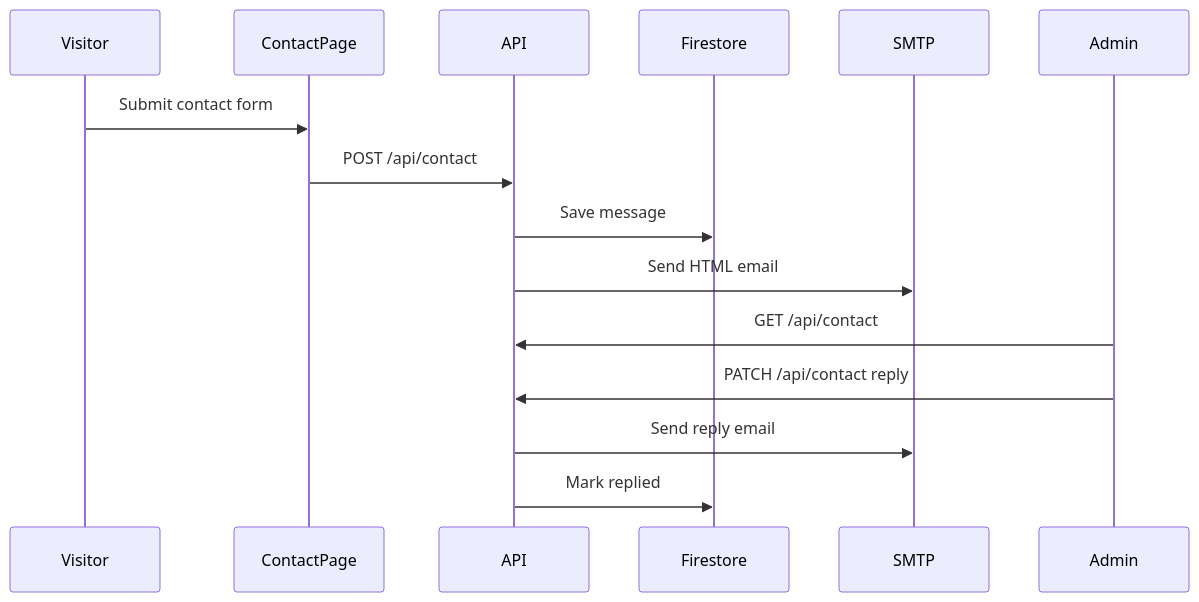
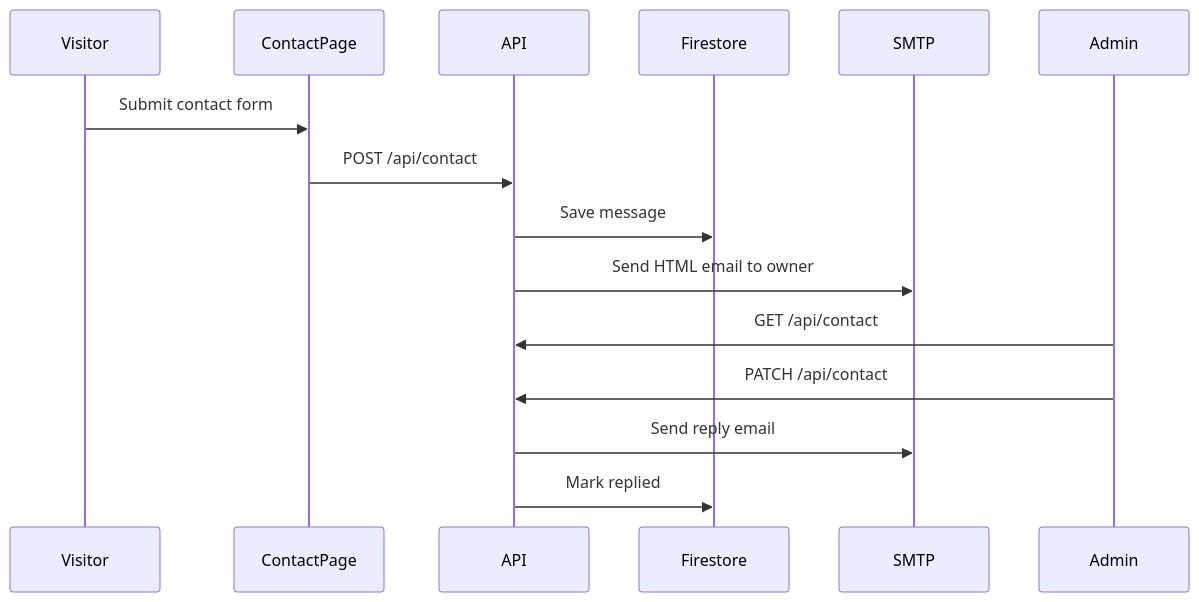
The fifth of 6 diagrams in doc/architecture.md (KemVani3110/CineHub), drawn with Mermaid before and after one commit. The commit also changed other lines of this file and 6 other files, not shown here.

````diff
--- a/doc/architecture.md
+++ b/doc/architecture.md
@@ -124,18 +161,18 @@
 ```mermaid
 sequenceDiagram
   participant Visitor
   participant ContactPage
   participant API
   participant Firestore
   participant SMTP
   participant Admin
 
   Visitor->>ContactPage: Submit contact form
   ContactPage->>API: POST /api/contact
   API->>Firestore: Save message
-  API->>SMTP: Send HTML email
+  API->>SMTP: Send HTML email to owner
   Admin->>API: GET /api/contact
-  Admin->>API: PATCH /api/contact reply
+  Admin->>API: PATCH /api/contact
   API->>SMTP: Send reply email
   API->>Firestore: Mark replied
 ```
````
